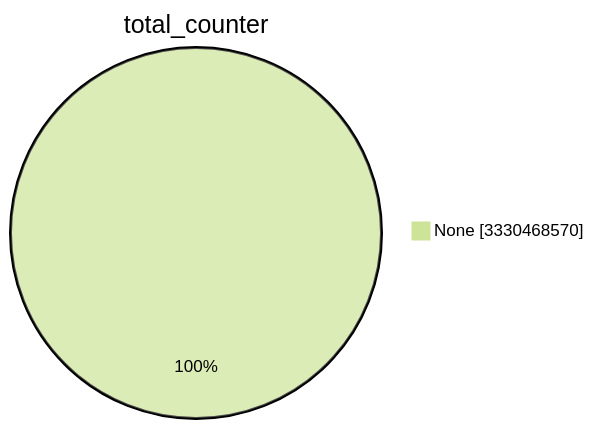
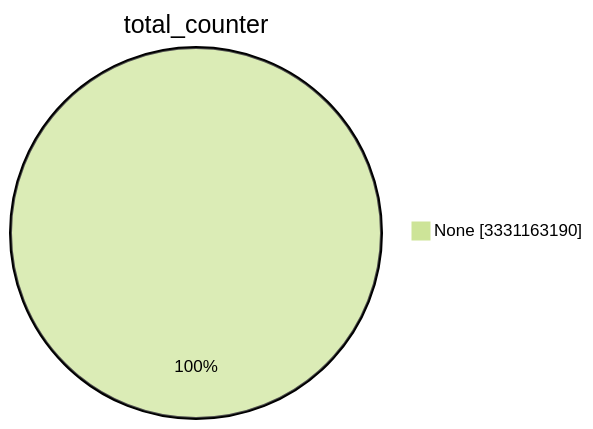
The first of 15 diagrams in TOTAL/README.md (christiankrug/ctmonitor_visualization), drawn with Mermaid (forest theme) before and after one commit. The commit also changed other lines of this file, not shown here.

````diff
--- a/TOTAL/README.md
+++ b/TOTAL/README.md
@@ -1,5 +1,5 @@
 ```mermaid
 pie showData
 title total_counter
-"None" :3330468570
+"None" :3331163190
 ```
````
